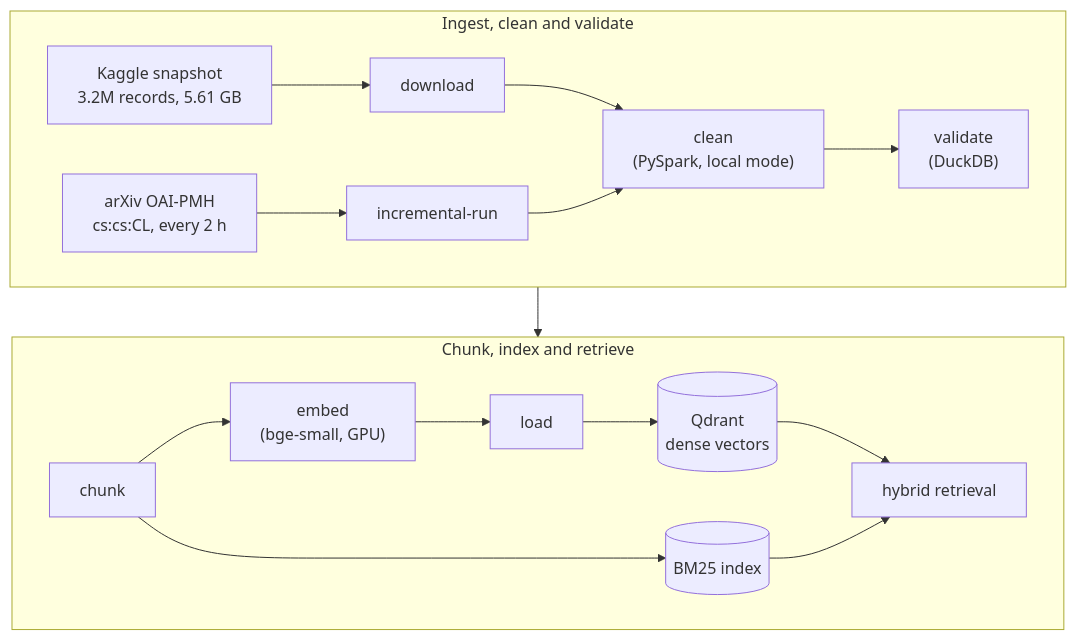
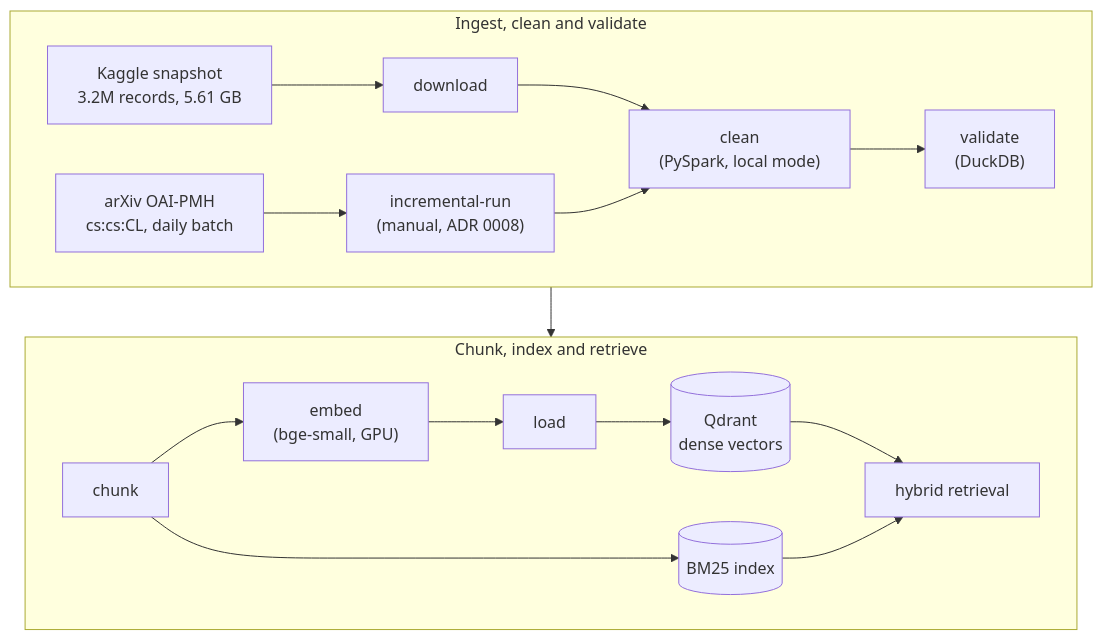
Before and after one commit to Tdat10052499/scitech-rag-agent: the diagram in docs/report/figures/fig-2-1-pipeline.mmd, drawn with Mermaid. The commit also changed 10 other files, not shown here.

```diff
--- a/docs/report/figures/fig-2-1-pipeline.mmd
+++ b/docs/report/figures/fig-2-1-pipeline.mmd
@@ -1,19 +1,19 @@
 flowchart TB
     subgraph S1["Ingest, clean and validate"]
         direction LR
         K["Kaggle snapshot<br/>3.2M records, 5.61 GB"] --> D[download]
-        O["arXiv OAI-PMH<br/>cs:cs:CL, every 2 h"] --> F[incremental-run]
+        O["arXiv OAI-PMH<br/>cs:cs:CL, daily batch"] --> F["incremental-run<br/>(manual, ADR 0008)"]
         D --> C["clean<br/>(PySpark, local mode)"]
         F --> C
         C --> V["validate<br/>(DuckDB)"]
     end
     subgraph S2["Chunk, index and retrieve"]
         direction LR
         CH[chunk] --> E["embed<br/>(bge-small, GPU)"]
         E --> L[load]
         L --> Q[("Qdrant<br/>dense vectors")]
         CH --> B[("BM25 index")]
         Q --> R[hybrid retrieval]
         B --> R
     end
     S1 --> S2
```
